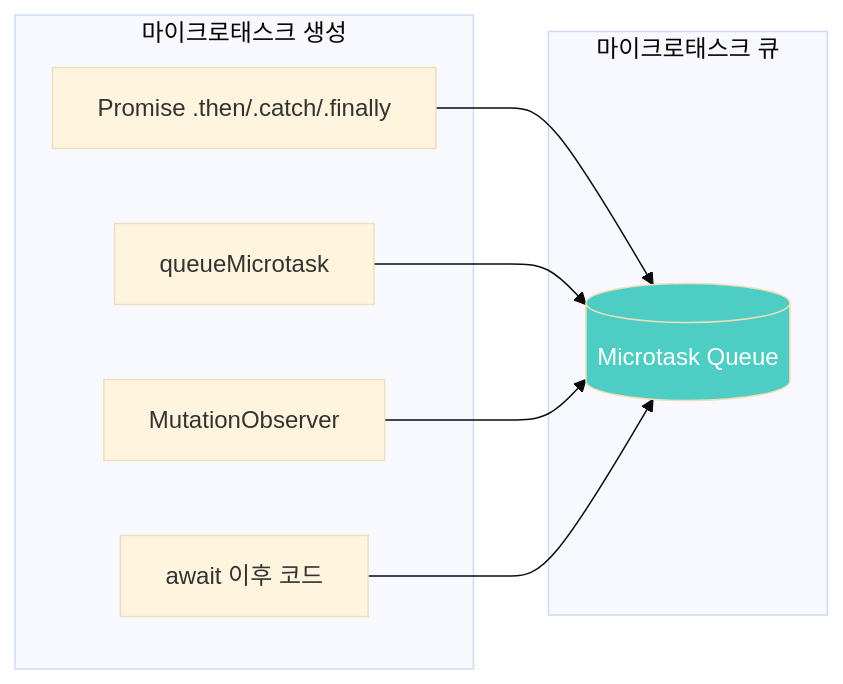
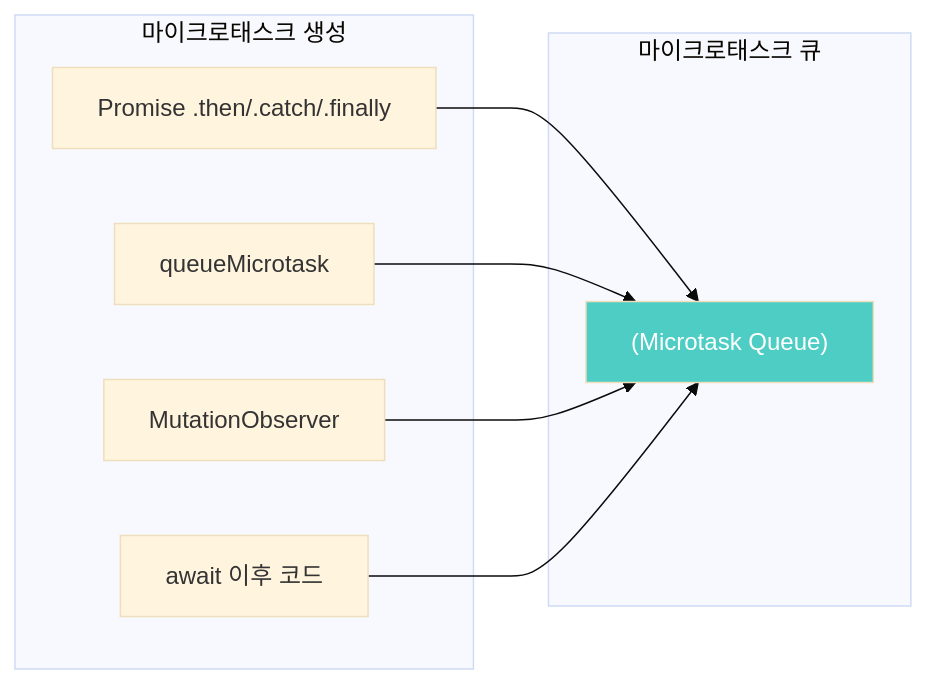
Before and after one commit to yjkim2015/yjkim2015.github.io: the fourth of 15 diagrams in _posts/frontend/2026-05-02-js-event-loop.md, drawn with Mermaid (base theme). The commit also changed other lines of this file and 87 other files, not shown here.

First line of the commit message:
Massive quality pass: rewrite 49 old posts, fix Mermaid, card layouts

````diff
--- a/_posts/frontend/2026-05-02-js-event-loop.md
+++ b/_posts/frontend/2026-05-02-js-event-loop.md
@@ -167,20 +167,20 @@
 ```mermaid
 graph LR
     subgraph "마이크로태스크 생성"
-        P[Promise .then/.catch/.finally]
+        P["Promise .then/.catch/.finally"]
         QM[queueMicrotask]
         MO[MutationObserver]
-        AW[await 이후 코드]
+        AW["await 이후 코드"]
     end
 
     subgraph "마이크로태스크 큐"
-        MQ[(Microtask Queue)]
+        MQ["(Microtask Queue)"]
     end
 
     P --> MQ
     QM --> MQ
     MO --> MQ
     AW --> MQ
 
     style MQ fill:#4ecdc4,color:#fff
 ```
````
